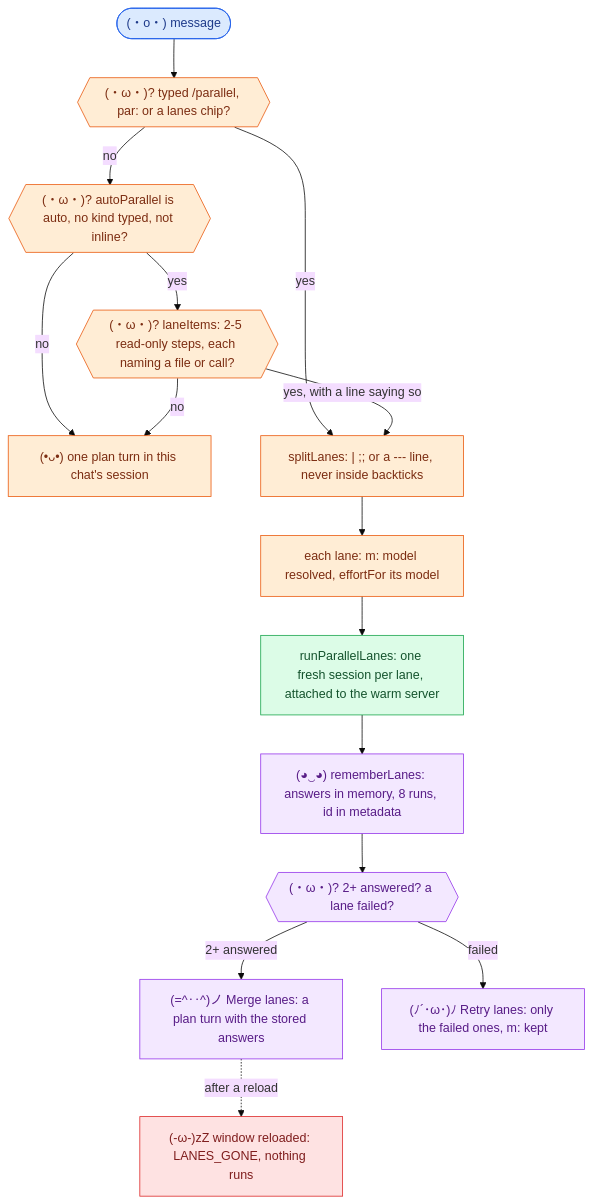
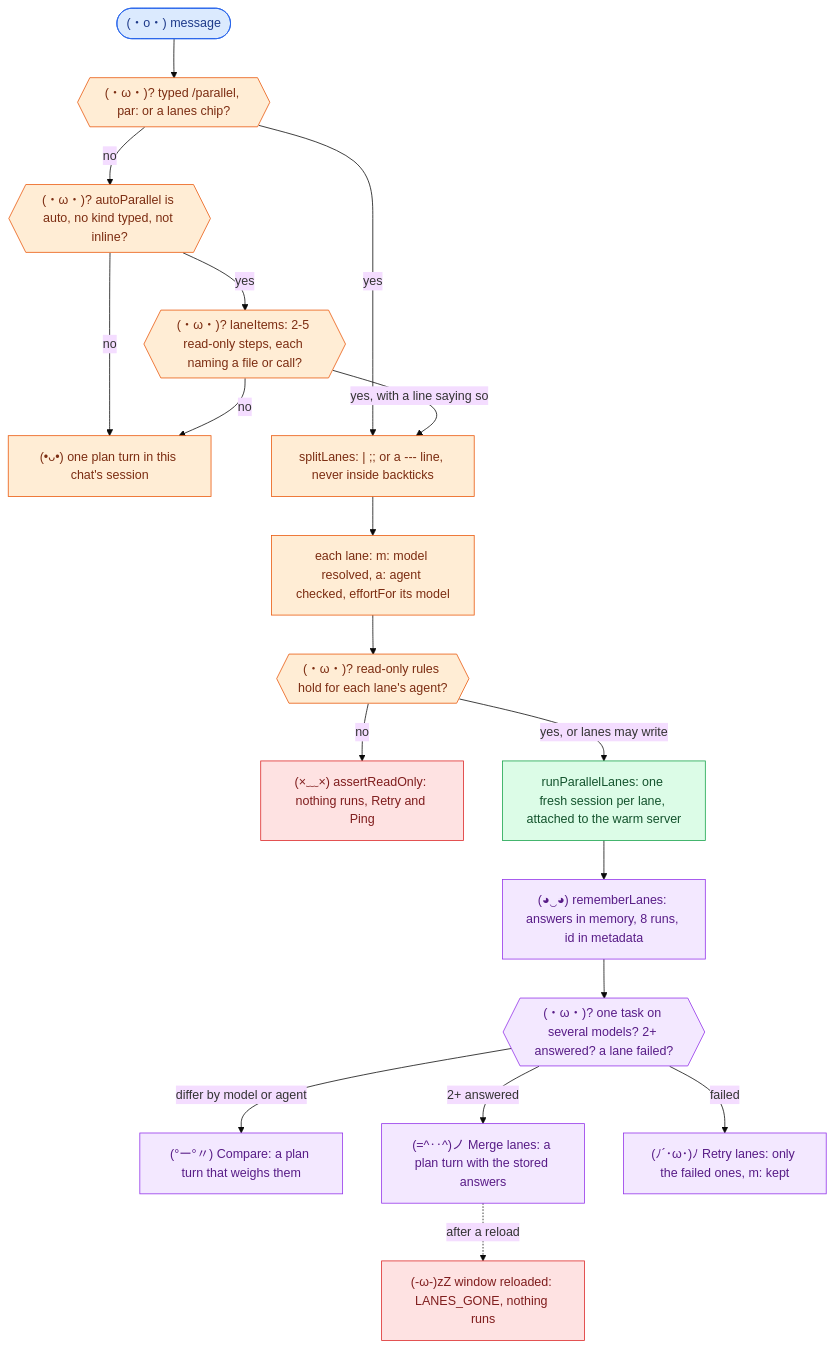
Before and after one commit to Artsrun/oc-copilot: the first of 4 diagrams in docs/flow/07-lanes-chips-effort.md, drawn with Mermaid (base theme). The commit also changed other lines of this file and 18 other files, not shown here.

First line of the commit message:
Docs: flow pages, README, AGENTS and notes brought up to 0.0.236

````diff
--- a/docs/flow/07-lanes-chips-effort.md
+++ b/docs/flow/07-lanes-chips-effort.md
@@ -11,34 +11,40 @@
 ```mermaid
 flowchart TD
   classDef host fill:#dbeafe,stroke:#2563eb,color:#1e3a8a
   classDef bridge fill:#ffedd5,stroke:#ea580c,color:#7c2d12
   classDef oc fill:#dcfce7,stroke:#16a34a,color:#14532d
   classDef back fill:#f3e8ff,stroke:#9333ea,color:#581c87
   classDef stop fill:#fee2e2,stroke:#dc2626,color:#7f1d1d
 
   M(["(・o・) message"]):::host
   TY{{"(・ω・)? typed /parallel, par: or a lanes chip?"}}:::bridge
   AP{{"(・ω・)? autoParallel is auto, no kind typed, not inline?"}}:::bridge
   LI{{"(・ω・)? laneItems: 2-5 read-only steps, each naming a file or call?"}}:::bridge
   ONE["(•ᴗ•) one plan turn in this chat's session"]:::bridge
   SPL["splitLanes: | ;; or a --- line, never inside backticks"]:::bridge
-  RES["each lane: m: model resolved, effortFor its model"]:::bridge
+  RES["each lane: m: model resolved, a: agent checked, effortFor its model"]:::bridge
+  RO{{"(・ω・)? read-only rules hold for each lane's agent?"}}:::bridge
+  REF["(×﹏×) assertReadOnly: nothing runs, Retry and Ping"]:::stop
   RUN["runParallelLanes: one fresh session per lane, attached to the warm server"]:::oc
   STO["(◕‿◕) rememberLanes: answers in memory, 8 runs, id in metadata"]:::back
-  CH{{"(・ω・)? 2+ answered? a lane failed?"}}:::back
+  CH{{"(・ω・)? one task on several models? 2+ answered? a lane failed?"}}:::back
+  CP["(°ー°〃) Compare: a plan turn that weighs them"]:::back
   MG["(=^‥^)ノ Merge lanes: a plan turn with the stored answers"]:::back
   RT["(ﾉ´･ω･)ﾉ Retry lanes: only the failed ones, m: kept"]:::back
   GONE["(-ω-)zZ window reloaded: LANES_GONE, nothing runs"]:::stop
 
   M --> TY
   TY -->|yes| SPL
   TY -->|no| AP
   AP -->|no| ONE
   AP -->|yes| LI
   LI -->|no| ONE
   LI -->|yes, with a line saying so| SPL
-  SPL --> RES --> RUN --> STO --> CH
+  SPL --> RES --> RO
+  RO -->|no| REF
+  RO -->|yes, or lanes may write| RUN --> STO --> CH
+  CH -->|differ by model or agent| CP
   CH -->|2+ answered| MG
   CH -->|failed| RT
   MG -.->|after a reload| GONE
 ```
````
